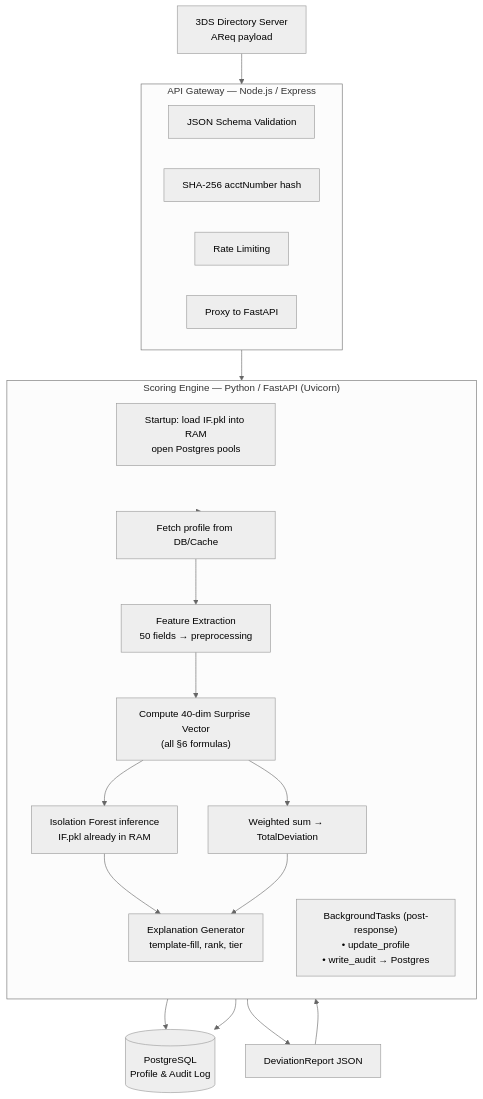
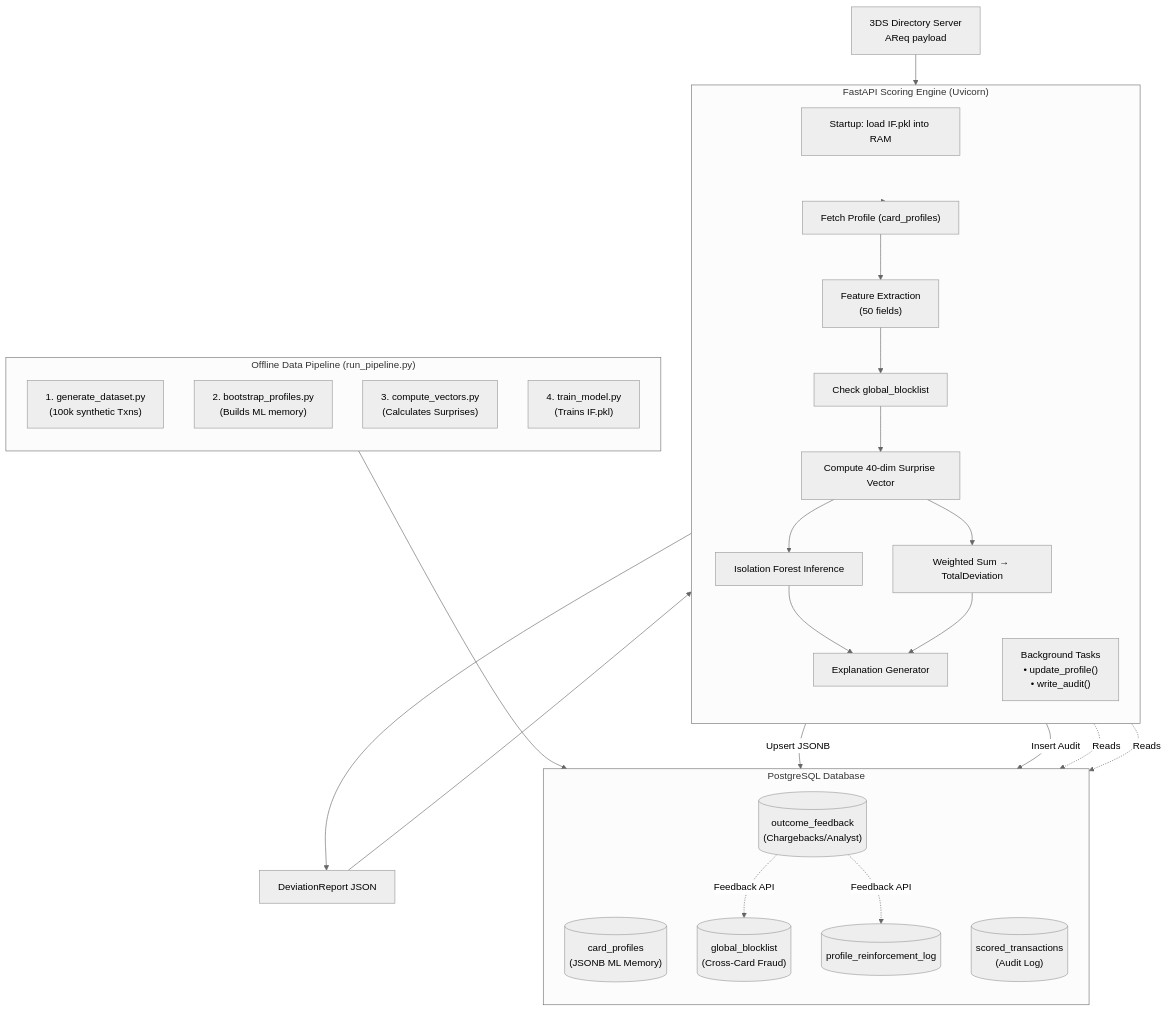
One commit to Helly121/FRM-Prototype-Virtuebyte-3DS changed the diagram in README.md. Above: the diagram before and after it, drawn with Mermaid (neutral theme). The commit also changed other lines of this file, not shown here.

````diff
--- a/README.md
+++ b/README.md
@@ -17,37 +17,56 @@
 ```mermaid
 flowchart TB
     DS["3DS Directory Server\nAReq payload"]
 
-    subgraph GW["API Gateway — Node.js / Express"]
-        V["JSON Schema Validation"]
-        H["SHA-256 acctNumber hash"]
-        RL["Rate Limiting"]
-        P["Proxy to FastAPI"]
+    subgraph SE["FastAPI Scoring Engine (Uvicorn)"]
+        direction TB
+        ST["Startup: load IF.pkl into RAM"]
+        RF["Fetch Profile (card_profiles)"]
+        FE["Feature Extraction\n(50 fields)"]
+        BL["Check global_blocklist"]
+        SC["Compute 40-dim Surprise Vector"]
+        IF["Isolation Forest Inference"]
+        WS["Weighted Sum → TotalDeviation"]
+        EX["Explanation Generator"]
+        BG["Background Tasks\n• update_profile()\n• write_audit()"]
     end
 
-    subgraph SE["Scoring Engine — Python / FastAPI (Uvicorn)"]
+    subgraph OP["Offline Data Pipeline (run_pipeline.py)"]
         direction TB
-        ST["Startup: load IF.pkl into RAM\nopen Postgres pools"]
-        RF["Fetch profile from DB/Cache"]
-        FE2["Feature Extraction\n50 fields → preprocessing"]
-        SC2["Compute 40-dim Surprise Vector\n(all §6 formulas)"]
-        IF2["Isolation Forest inference\nIF.pkl already in RAM"]
-        WS["Weighted sum → TotalDeviation"]
-        EX["Explanation Generator\ntemplate-fill, rank, tier"]
-        BG["BackgroundTasks (post-response)\n• update_profile\n• write_audit → Postgres"]
+        GD["1. generate_dataset.py\n(100k synthetic Txns)"]
+        BP["2. bootstrap_profiles.py\n(Builds ML memory)"]
+        CV["3. compute_vectors.py\n(Calculates Surprises)"]
+        TM["4. train_model.py\n(Trains IF.pkl)"]
     end
 
-    PG[("PostgreSQL\nProfile & Audit Log")]
+    subgraph DB["PostgreSQL Database"]
+        direction TB
+        CP[("card_profiles\n(JSONB ML Memory)")]
+        STX[("scored_transactions\n(Audit Log)")]
+        GB[("global_blocklist\n(Cross-Card Fraud)")]
+        OF[("outcome_feedback\n(Chargebacks/Analyst)")]
+        PRL[("profile_reinforcement_log")]
+    end
 
-    DS --> GW
-    GW --> SE
-    SE --> RF --> PG
-    RF --> FE2 --> SC2
-    SC2 --> IF2
-    SC2 --> WS
-    IF2 --> EX
+    DS --> SE
+    SE --> RF
+    RF --> FE
+    FE --> BL
+    BL --> SC
+    SC --> IF
+    SC --> WS
+    IF --> EX
     WS --> EX
     EX --> RESP["DeviationReport JSON"]
     RESP --> BG
-    BG --> PG
+    
+    BG --> |"Upsert JSONB"| CP
+    BG --> |"Insert Audit"| STX
+    
+    OP --> CP
+    
+    OF -.-> |"Feedback API"| GB
+    OF -.-> |"Feedback API"| PRL
+    BL -.-> |"Reads"| GB
+    RF -.-> |"Reads"| CP
 ```
````
